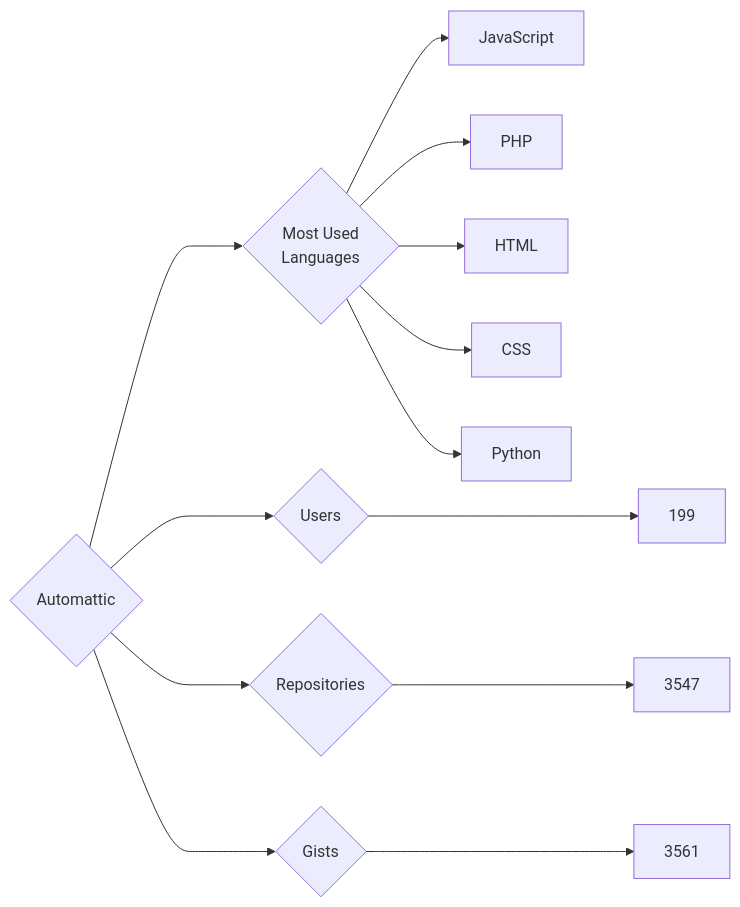
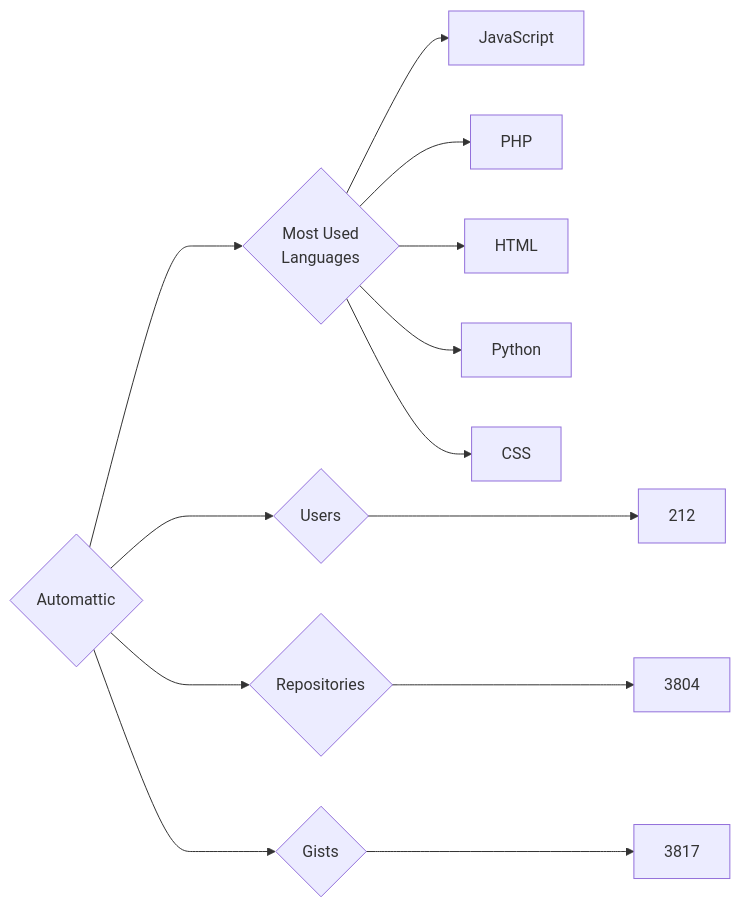
The diagram in targets/Automattic/README.md (trickest/insiders), drawn with Mermaid before and after one commit. The commit also changed 874 other files, not shown here.

````diff
--- a/targets/Automattic/README.md
+++ b/targets/Automattic/README.md
@@ -3,13 +3,13 @@
 ```mermaid
 graph LR
 COMPANY_NAME{Automattic}
-COMPANY_NAME ---> U{Users} ---> UN[199]
-COMPANY_NAME ---> R{Repositories} ---> RN[3547]
-COMPANY_NAME ---> G{Gists} ---> GN[3561]
+COMPANY_NAME ---> U{Users} ---> UN[212]
+COMPANY_NAME ---> R{Repositories} ---> RN[3804]
+COMPANY_NAME ---> G{Gists} ---> GN[3817]
 COMPANY_NAME ---> ML{Most Used<br>Languages}
 ML --> JavaScript[JavaScript]
 ML --> PHP[PHP]
 ML --> HTML[HTML]
+ML --> Python[Python]
 ML --> CSS[CSS]
-ML --> Python[Python]
 ```
````
